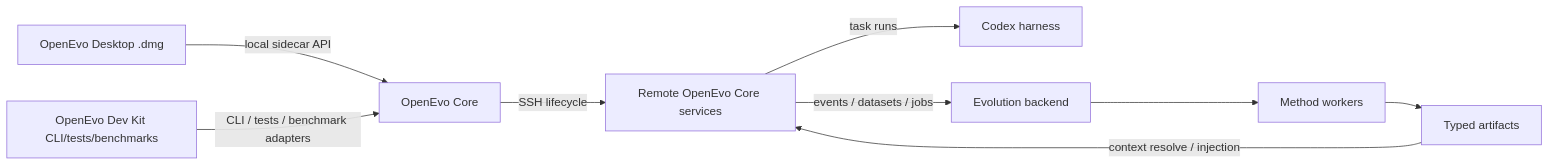
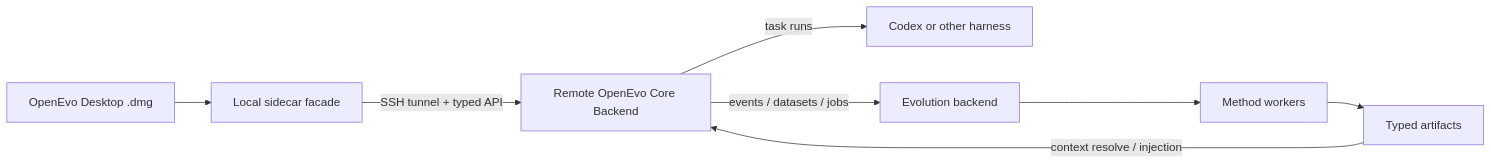
Before and after one commit to KDBRonaldo/OpenEvo: the diagram in docs/architecture/README.md, drawn with Mermaid. The commit also changed other lines of this file and 176 other files, not shown here.

First line of the commit message:
docs: present OpenEvo repository surfaces

````diff
--- a/docs/architecture/README.md
+++ b/docs/architecture/README.md
@@ -62,20 +62,18 @@
 ```mermaid
 flowchart LR
     Desktop[OpenEvo Desktop .dmg]
-    DevKit[OpenEvo Dev Kit CLI/tests/benchmarks]
-    Core[OpenEvo Core]
-    Remote[Remote OpenEvo Core services]
-    Harness[Codex harness]
+    Sidecar[Local sidecar facade]
+    Backend[Remote OpenEvo Core Backend]
+    Harness[Codex or other harness]
     Store[Evolution backend]
     Methods[Method workers]
     Artifacts[Typed artifacts]
 
-    Desktop -->|local sidecar API| Core
-    DevKit -->|CLI / tests / benchmark adapters| Core
-    Core -->|SSH lifecycle| Remote
-    Remote -->|task runs| Harness
-    Remote -->|events / datasets / jobs| Store
+    Desktop --> Sidecar
+    Sidecar -->|SSH tunnel + typed API| Backend
+    Backend -->|task runs| Harness
+    Backend -->|events / datasets / jobs| Store
     Store --> Methods
     Methods --> Artifacts
-    Artifacts -->|context resolve / injection| Remote
+    Artifacts -->|context resolve / injection| Backend
 ```
````
